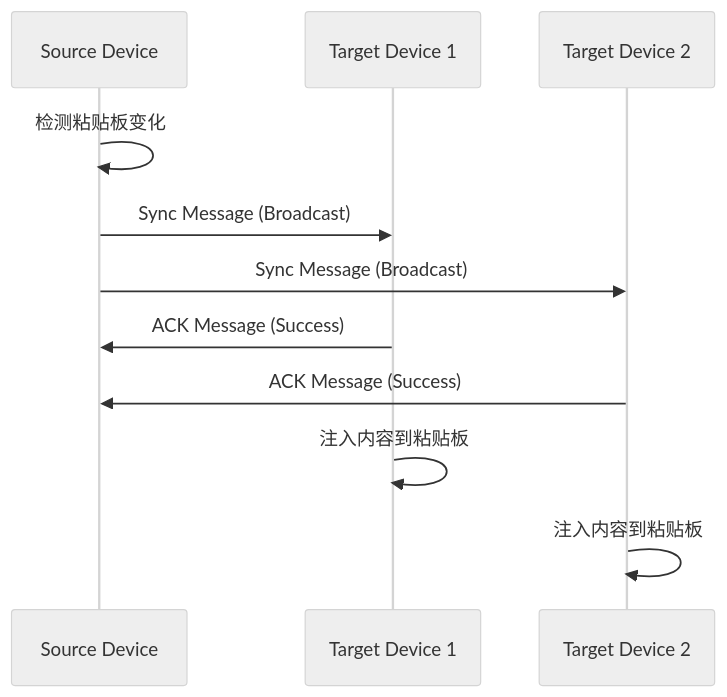
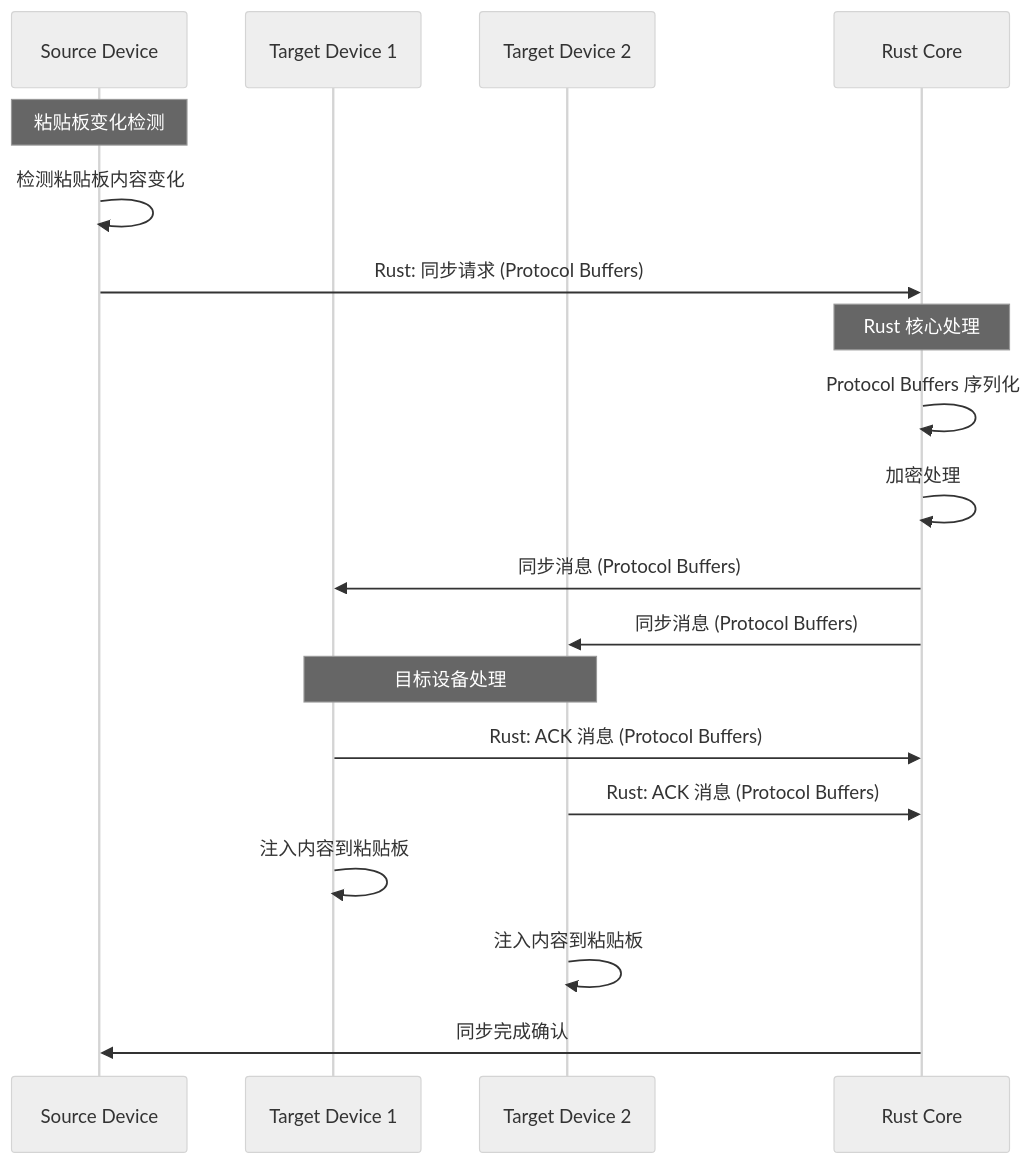
The second of 2 diagrams in docs/architecture/api-specification.md (mouse9527/nearclip), drawn with Mermaid (neutral theme) before and after one commit. The commit also changed other lines of this file and 5 other files, not shown here.

````diff
--- a/docs/architecture/api-specification.md
+++ b/docs/architecture/api-specification.md
@@ -82,14 +169,25 @@
 ```mermaid
 sequenceDiagram
-    participant A as Source Device
-    participant B as Target Device 1
-    participant C as Target Device 2
+    participant S as Source Device
+    participant T1 as Target Device 1
+    participant T2 as Target Device 2
+    participant R as Rust Core
 
-    A->>A: 检测粘贴板变化
-    A->>B: Sync Message (Broadcast)
-    A->>C: Sync Message (Broadcast)
-    B->>A: ACK Message (Success)
-    C->>A: ACK Message (Success)
-    B->>B: 注入内容到粘贴板
-    C->>C: 注入内容到粘贴板
+    Note over S: 粘贴板变化检测
+    S->>S: 检测粘贴板内容变化
+    S->>R: Rust: 同步请求 (Protocol Buffers)
+
+    Note over R: Rust 核心处理
+    R->>R: Protocol Buffers 序列化
+    R->>R: 加密处理
+    R->>T1: 同步消息 (Protocol Buffers)
+    R->>T2: 同步消息 (Protocol Buffers)
+
+    Note over T1,T2: 目标设备处理
+    T1->>R: Rust: ACK 消息 (Protocol Buffers)
+    T2->>R: Rust: ACK 消息 (Protocol Buffers)
+    T1->>T1: 注入内容到粘贴板
+    T2->>T2: 注入内容到粘贴板
+
+    R->>S: 同步完成确认
 ```
````
